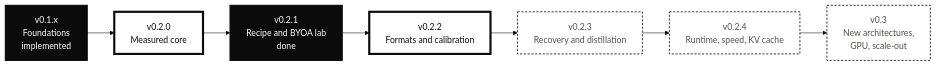
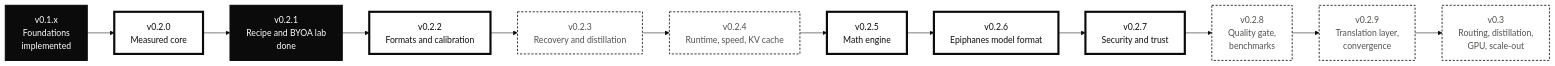
Before and after one commit to EdEpiphanes/THME-Epiphanes: the second of 2 diagrams in README.md, drawn with Mermaid. The commit also changed other lines of this file and 6 other files, not shown here.

First line of the commit message:
docs(roadmap): full v0.2.5-v0.2.9 milestones; every ticket placed (#57)

````diff
--- a/README.md
+++ b/README.md
@@ -343,16 +343,21 @@
 ```mermaid
 %%{init: {'theme': 'base', 'themeVariables': {'fontFamily': 'Chakra Petch, Bahnschrift, Arial Narrow, sans-serif', 'primaryColor': '#ffffff', 'primaryTextColor': '#0b0b0b', 'primaryBorderColor': '#0b0b0b', 'lineColor': '#0b0b0b', 'secondaryColor': '#f6f6f4', 'tertiaryColor': '#ffffff', 'clusterBkg': '#f6f6f4', 'clusterBorder': '#0b0b0b', 'edgeLabelBackground': '#ffffff', 'noteBkgColor': '#ffffff', 'noteBorderColor': '#0b0b0b', 'actorBkg': '#ffffff', 'actorBorder': '#0b0b0b', 'signalColor': '#0b0b0b', 'labelBoxBkgColor': '#ffffff'}}}%%
 flowchart LR
     classDef done fill:#0b0b0b,stroke:#0b0b0b,stroke-width:2px,color:#ffffff;
     classDef active fill:#ffffff,stroke:#0b0b0b,stroke-width:4px,color:#0b0b0b;
     classDef next fill:#ffffff,stroke:#0b0b0b,stroke-width:1.5px,stroke-dasharray:4 3,color:#52514e;
 
     A["v0.1.x<br/>Foundations<br/>implemented"]:::done
     B["v0.2.0<br/>Measured core"]:::active
     C["v0.2.1<br/>Recipe and BYOA lab<br/>done"]:::done
     D["v0.2.2<br/>Formats and calibration"]:::active
     E["v0.2.3<br/>Recovery and distillation"]:::next
     F["v0.2.4<br/>Runtime, speed, KV cache"]:::next
-    G["v0.3<br/>New architectures,<br/>GPU, scale-out"]:::next
-    A --> B --> C --> D --> E --> F --> G
+    H["v0.2.5<br/>Math engine"]:::active
+    I["v0.2.6<br/>Epiphanes model format"]:::active
+    J["v0.2.7<br/>Security and trust"]:::active
+    K["v0.2.8<br/>Quality gate,<br/>benchmarks"]:::next
+    L["v0.2.9<br/>Translation layer,<br/>convergence"]:::next
+    G["v0.3<br/>Routing, distillation,<br/>GPU, scale-out"]:::next
+    A --> B --> C --> D --> E --> F --> H --> I --> J --> K --> L --> G
 ```
````
